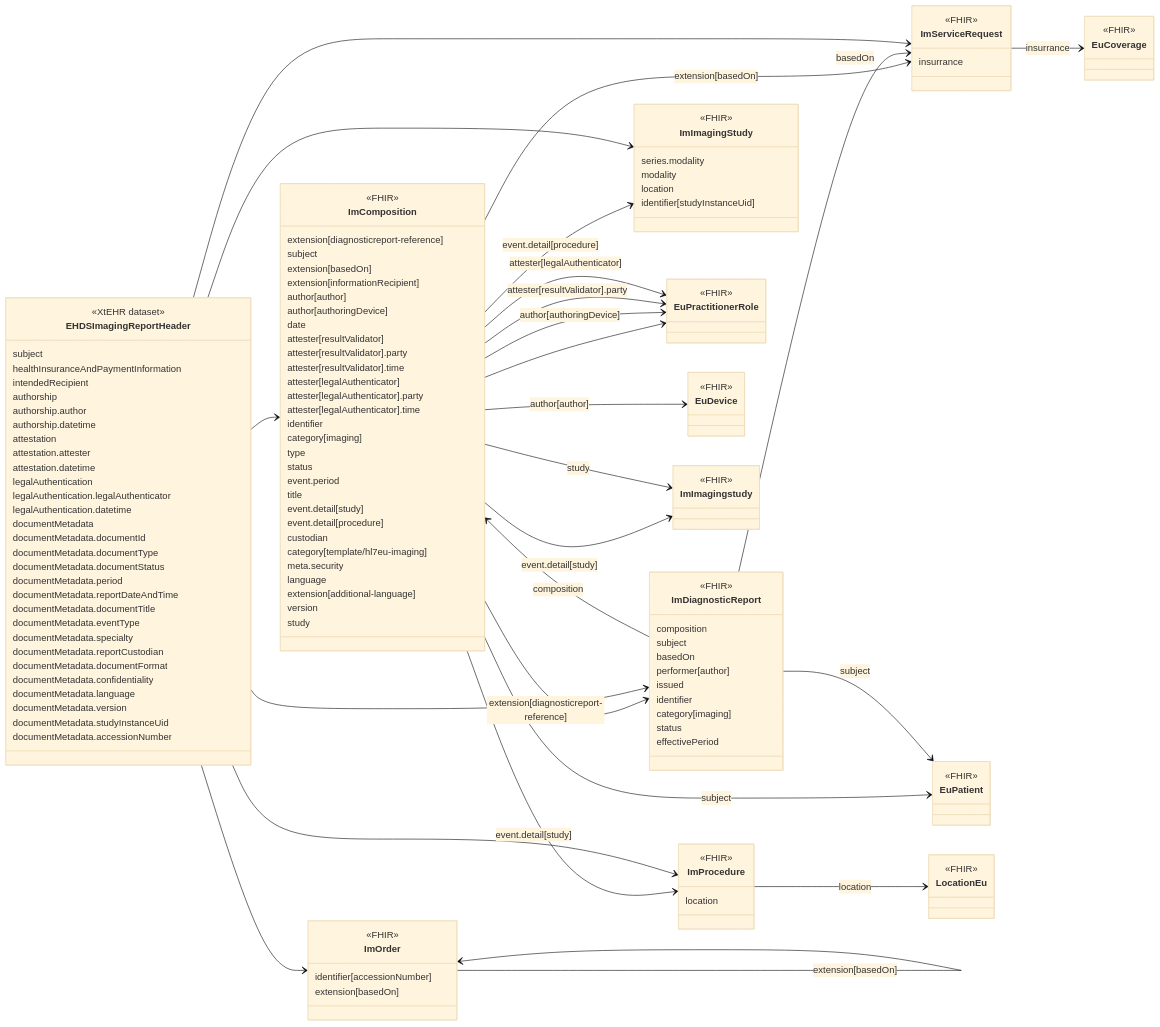
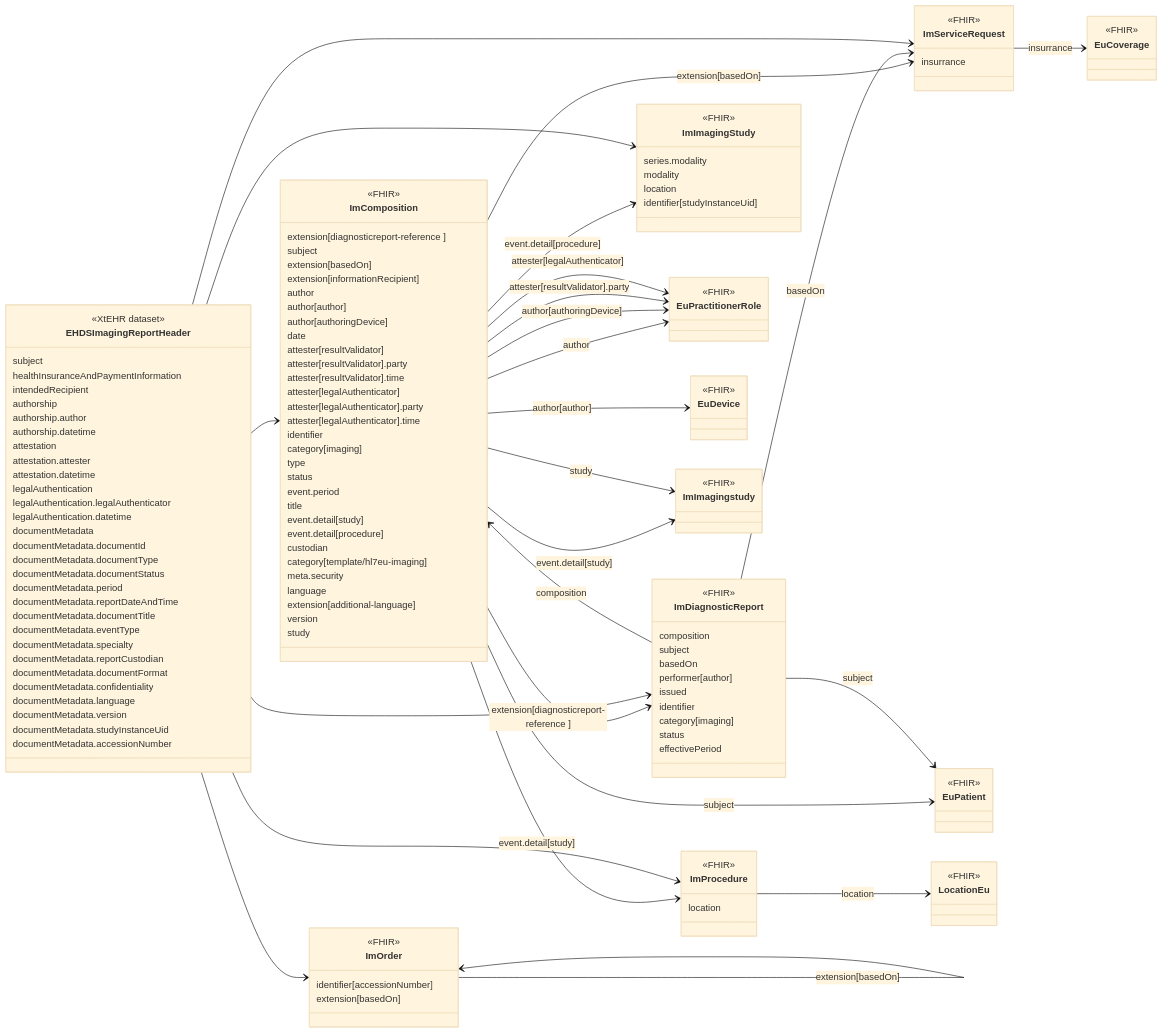
One commit to oijauregui/ehdsimaging changed the diagram in new/input/intro-notes/ConceptMap-EHDSImagingReportHeaderMap-intro.md. Above: the diagram before and after it, drawn with Mermaid (base theme). The commit also changed 162 other files, not shown here.

```diff
--- a/new/input/intro-notes/ConceptMap-EHDSImagingReportHeaderMap-intro.md
+++ b/new/input/intro-notes/ConceptMap-EHDSImagingReportHeaderMap-intro.md
@@ -39,10 +39,11 @@
 link EHDSImagingReportHeader "https://build.fhir.org/ig/Xt-EHR/xt-ehr-common/StructureDefinition-EHDSImagingReportHeader.html"
 class ImComposition{
   <<FHIR>>
-  extension[diagnosticreport-reference]
+  extension[diagnosticreport-reference ]
   subject
   extension[basedOn]
   extension[informationRecipient]
+  author
   author[author]
   author[authoringDevice]
   date
@@ -143,10 +144,10 @@
   <<FHIR>>
 }
 EHDSImagingReportHeader --> ImComposition
-ImComposition --> ImDiagnosticReport : extension[diagnosticreport-reference]
+ImComposition --> ImDiagnosticReport : extension[diagnosticreport-reference ]
 ImComposition --> EuPatient : subject
 ImComposition --> ImServiceRequest : extension[basedOn]
-ImComposition --> EuPractitionerRole : 
+ImComposition --> EuPractitionerRole : author
 ImComposition --> EuDevice : author[author]
 ImComposition --> EuPractitionerRole : author[authoringDevice]
 ImComposition --> EuPractitionerRole : attester[resultValidator].party
```
